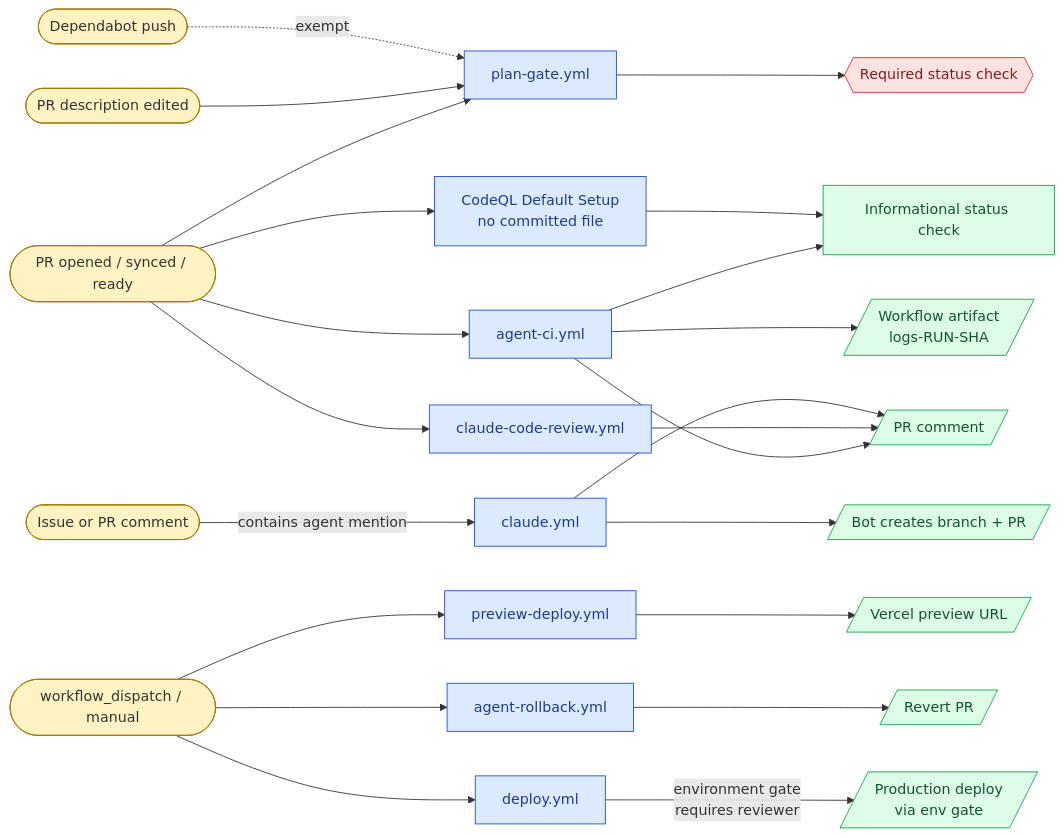
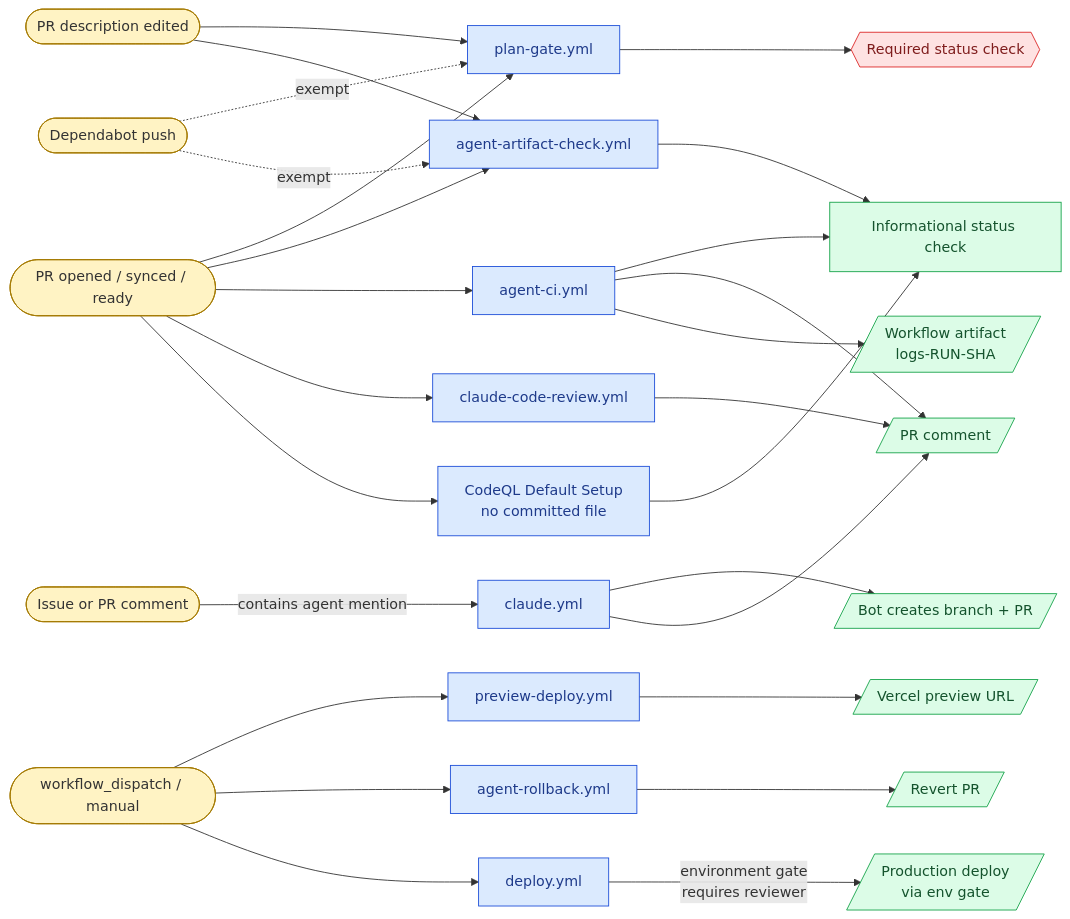
One commit to lpt-labs/london-premium-transfers changed the first of 2 diagrams in docs/WORKFLOWS.md. Above: the diagram before and after it, drawn with Mermaid. The commit also changed other lines of this file, not shown here.

Commit message:
docs(workflows): document agent-artifact-check workflow

````diff
--- a/docs/WORKFLOWS.md
+++ b/docs/WORKFLOWS.md
@@ -9,61 +9,66 @@
 ```mermaid
 flowchart LR
     %% Triggers
     PR_OPEN([PR opened / synced / ready])
     PR_BODY_EDIT([PR description edited])
     COMMENT([Issue or PR comment])
     DISPATCH([workflow_dispatch / manual])
     DEPENDABOT([Dependabot push])
 
     %% Workflows
     PLAN_GATE[plan-gate.yml]
+    ARTIFACT_CHECK[agent-artifact-check.yml]
     AGENT_CI[agent-ci.yml]
     CLAUDE[claude.yml]
     CLAUDE_REVIEW[claude-code-review.yml]
     PREVIEW[preview-deploy.yml]
     ROLLBACK[agent-rollback.yml]
     DEPLOY[deploy.yml]
     CODEQL[CodeQL Default Setup<br/>no committed file]
 
     %% Outputs
     REQUIRED_CHECK{{Required status check}}
     INFO_CHECK[Informational status check]
     PR_COMMENT[/PR comment/]
     ARTIFACT[/Workflow artifact<br/>logs-RUN-SHA/]
     BOT_PR[/Bot creates branch + PR/]
     VERCEL_PREVIEW[/Vercel preview URL/]
     PROD_DEPLOY[/Production deploy<br/>via env gate/]
     REVERT_PR[/Revert PR/]
 
     %% Edges
     PR_OPEN --> PLAN_GATE --> REQUIRED_CHECK
     PR_BODY_EDIT --> PLAN_GATE
     DEPENDABOT -.exempt.-> PLAN_GATE
+
+    PR_OPEN --> ARTIFACT_CHECK --> INFO_CHECK
+    PR_BODY_EDIT --> ARTIFACT_CHECK
+    DEPENDABOT -.exempt.-> ARTIFACT_CHECK
 
     PR_OPEN --> AGENT_CI
     AGENT_CI --> INFO_CHECK
     AGENT_CI --> PR_COMMENT
     AGENT_CI --> ARTIFACT
 
     PR_OPEN --> CLAUDE_REVIEW --> PR_COMMENT
     PR_OPEN --> CODEQL --> INFO_CHECK
 
     COMMENT -->|contains agent mention| CLAUDE
     CLAUDE --> BOT_PR
     CLAUDE --> PR_COMMENT
 
     DISPATCH --> PREVIEW --> VERCEL_PREVIEW
     DISPATCH --> ROLLBACK --> REVERT_PR
     DISPATCH --> DEPLOY
     DEPLOY -->|environment gate<br/>requires reviewer| PROD_DEPLOY
 
     classDef trigger fill:#fff3c4,stroke:#a47900,color:#333
     classDef workflow fill:#dbeafe,stroke:#1d4ed8,color:#1e3a8a
     classDef output fill:#dcfce7,stroke:#16a34a,color:#14532d
     classDef gate fill:#fee2e2,stroke:#dc2626,color:#7f1d1d
 
     class PR_OPEN,PR_BODY_EDIT,COMMENT,DISPATCH,DEPENDABOT trigger
-    class PLAN_GATE,AGENT_CI,CLAUDE,CLAUDE_REVIEW,PREVIEW,ROLLBACK,DEPLOY,CODEQL workflow
+    class PLAN_GATE,ARTIFACT_CHECK,AGENT_CI,CLAUDE,CLAUDE_REVIEW,PREVIEW,ROLLBACK,DEPLOY,CODEQL workflow
     class PR_COMMENT,ARTIFACT,BOT_PR,VERCEL_PREVIEW,PROD_DEPLOY,REVERT_PR,INFO_CHECK output
     class REQUIRED_CHECK gate
 ```
````
